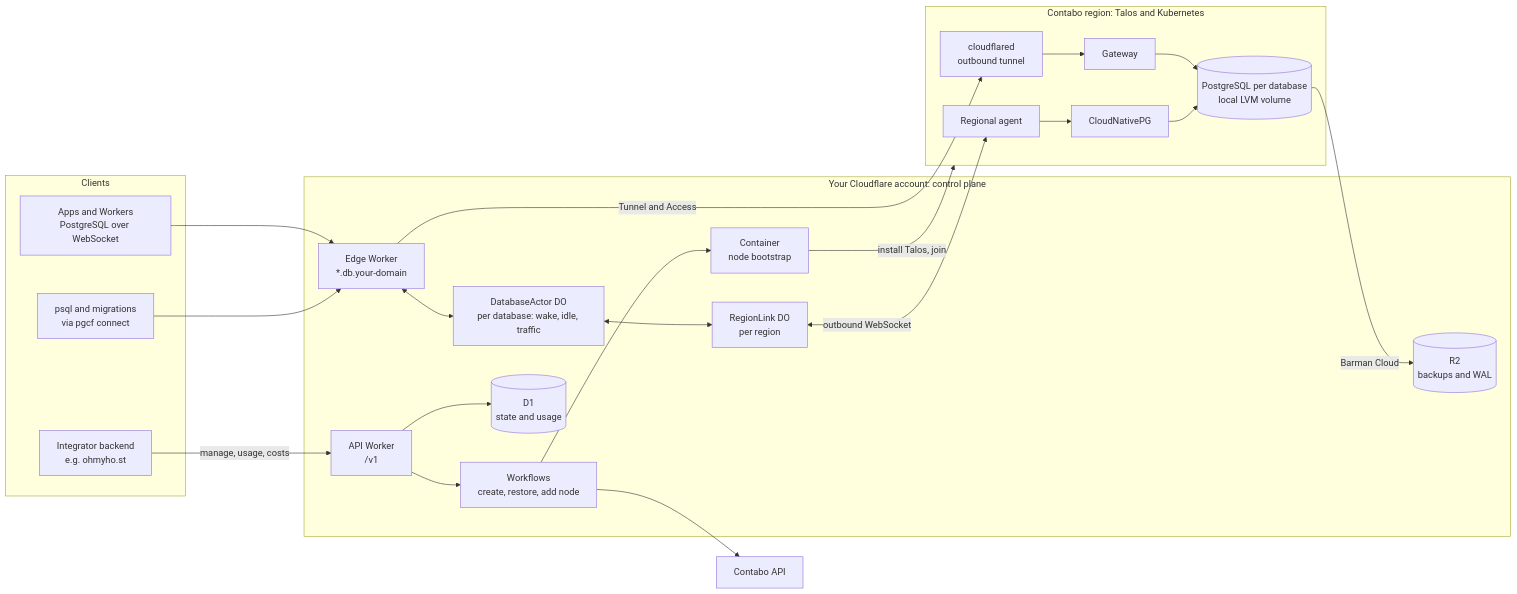
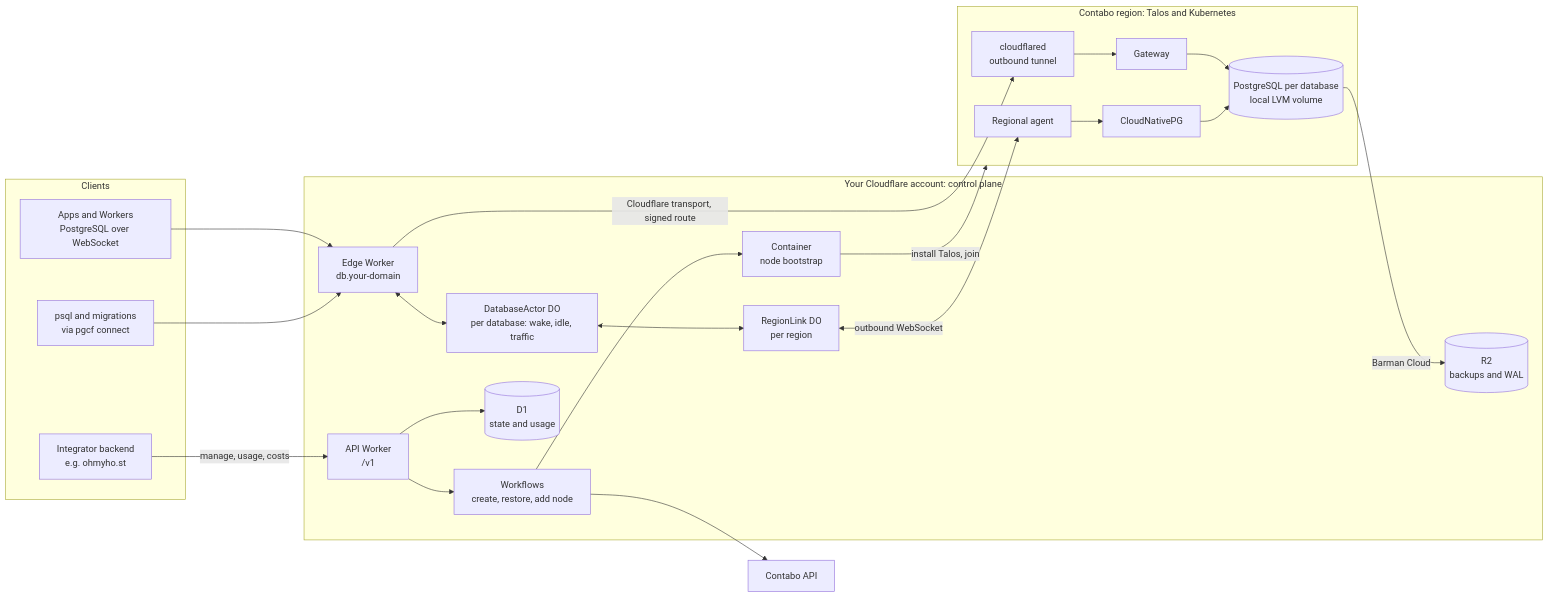
Before and after one commit to amerged-org/cloudflare-postgres: the first of 2 diagrams in README.md, drawn with Mermaid. The commit also changed other lines of this file, not shown here.

Commit message:
Describe the single db.your-domain endpoint in the README

````diff
--- a/README.md
+++ b/README.md
@@ -24,47 +24,47 @@
 ```mermaid
 flowchart LR
   subgraph Clients
     App["Apps and Workers<br/>PostgreSQL over WebSocket"]
     Tools["psql and migrations<br/>via pgcf connect"]
     Integrator["Integrator backend<br/>e.g. ohmyho.st"]
   end
 
   subgraph CF["Your Cloudflare account: control plane"]
-    Edge["Edge Worker<br/>*.db.your-domain"]
+    Edge["Edge Worker<br/>db.your-domain"]
     API["API Worker<br/>/v1"]
     DBA["DatabaseActor DO<br/>per database: wake, idle, traffic"]
     RL["RegionLink DO<br/>per region"]
     WF["Workflows<br/>create, restore, add node"]
     D1[("D1<br/>state and usage")]
     R2[("R2<br/>backups and WAL")]
     Boot["Container<br/>node bootstrap"]
   end
 
   subgraph Region["Contabo region: Talos and Kubernetes"]
     CFD["cloudflared<br/>outbound tunnel"]
     GW["Gateway"]
     Agent["Regional agent"]
     CNPG["CloudNativePG"]
     PG[("PostgreSQL per database<br/>local LVM volume")]
   end
 
   Contabo["Contabo API"]
 
   App --> Edge
   Tools --> Edge
   Integrator -->|"manage, usage, costs"| API
   Edge <--> DBA
-  Edge -->|"Tunnel and Access"| CFD
+  Edge -->|"Cloudflare transport, signed route"| CFD
   CFD --> GW
   GW --> PG
   API --> D1
   API --> WF
   DBA <--> RL
   RL <-->|"outbound WebSocket"| Agent
   Agent --> CNPG
   CNPG --> PG
   PG -->|"Barman Cloud"| R2
   WF --> Contabo
   WF --> Boot
   Boot -->|"install Talos, join"| Region
 ```
````
